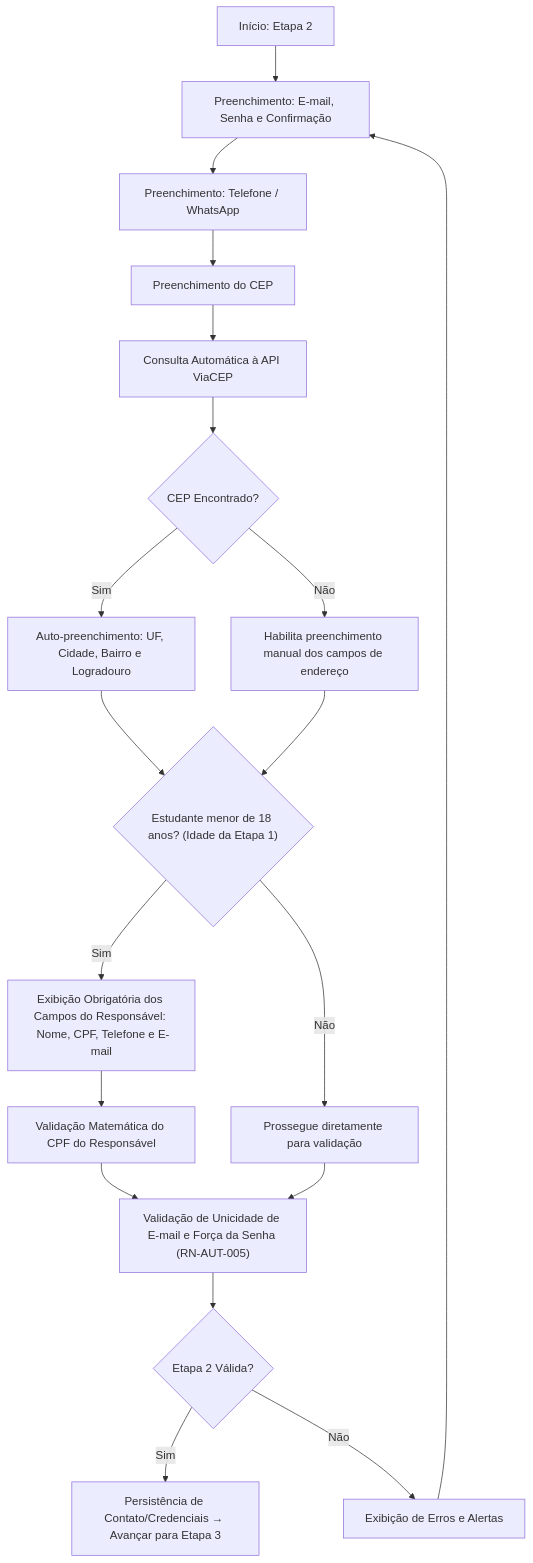
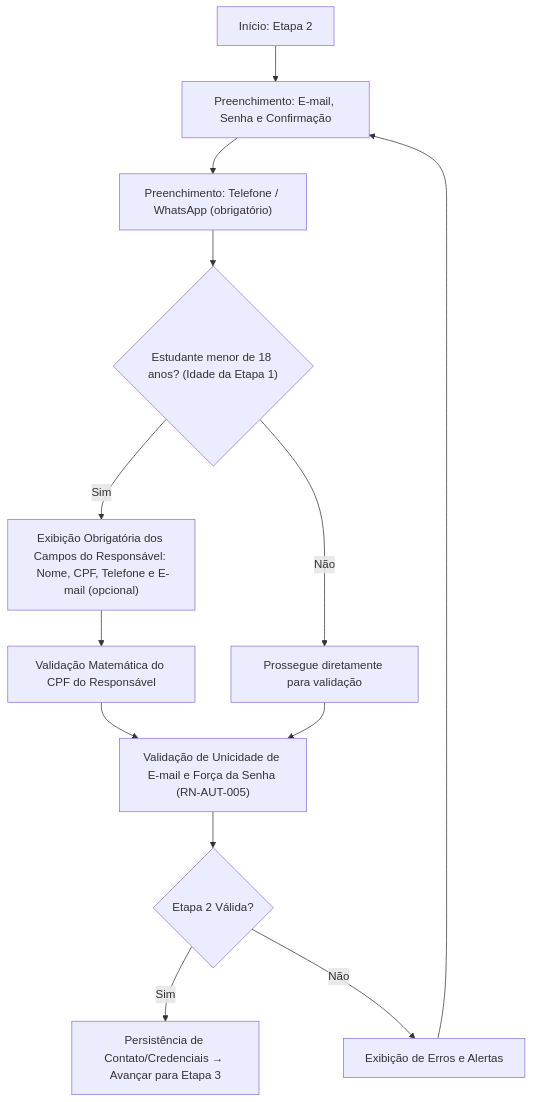
Before and after one commit to SiadeLucas/Tutor-Inteligente: the second of 3 diagrams in docs-site/docs/modules/onboarding/flow/wizard.md, drawn with Mermaid. The commit also changed other lines of this file and 45 other files, not shown here.

````diff
--- a/docs-site/docs/modules/onboarding/flow/wizard.md
+++ b/docs-site/docs/modules/onboarding/flow/wizard.md
@@ -36,21 +36,15 @@
 ```mermaid
 flowchart TD
     A["Início: Etapa 2"] --> B["Preenchimento: E-mail, Senha e Confirmação"]
-    B --> C["Preenchimento: Telefone / WhatsApp"]
-    C --> D["Preenchimento do CEP"]
-    D --> E["Consulta Automática à API ViaCEP"]
-    E --> F{"CEP Encontrado?"}
-    F -->|Sim| G["Auto-preenchimento: UF, Cidade, Bairro e Logradouro"]
-    F -->|Não| H["Habilita preenchimento manual dos campos de endereço"]
-    G --> I{"Estudante menor de 18 anos? (Idade da Etapa 1)"}
-    H --> I
-    I -->|Sim| J["Exibição Obrigatória dos Campos do Responsável: \n Nome, CPF, Telefone e E-mail"]
+    B --> C["Preenchimento: Telefone / WhatsApp (obrigatório)"]
+    C --> I{"Estudante menor de 18 anos? (Idade da Etapa 1)"}
+    I -->|Sim| J["Exibição Obrigatória dos Campos do Responsável: \n Nome, CPF, Telefone e E-mail (opcional)"]
     I -->|Não| K["Prossegue diretamente para validação"]
     J --> L["Validação Matemática do CPF do Responsável"]
     L --> M["Validação de Unicidade de E-mail e Força da Senha (RN-AUT-005)"]
     K --> M
     M --> N{"Etapa 2 Válida?"}
     N -->|Sim| O["Persistência de Contato/Credenciais → Avançar para Etapa 3"]
     N -->|Não| P["Exibição de Erros e Alertas"]
     P --> B
 ```
````
